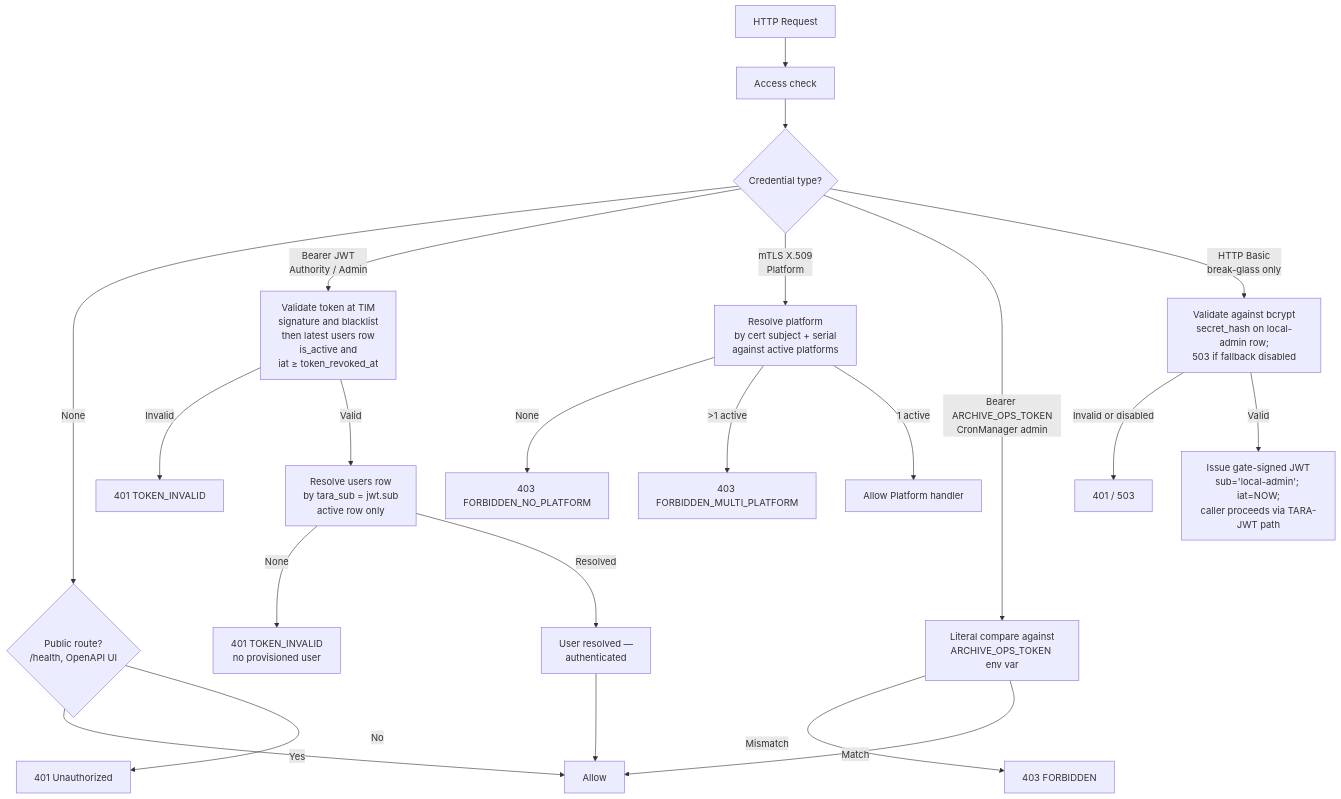
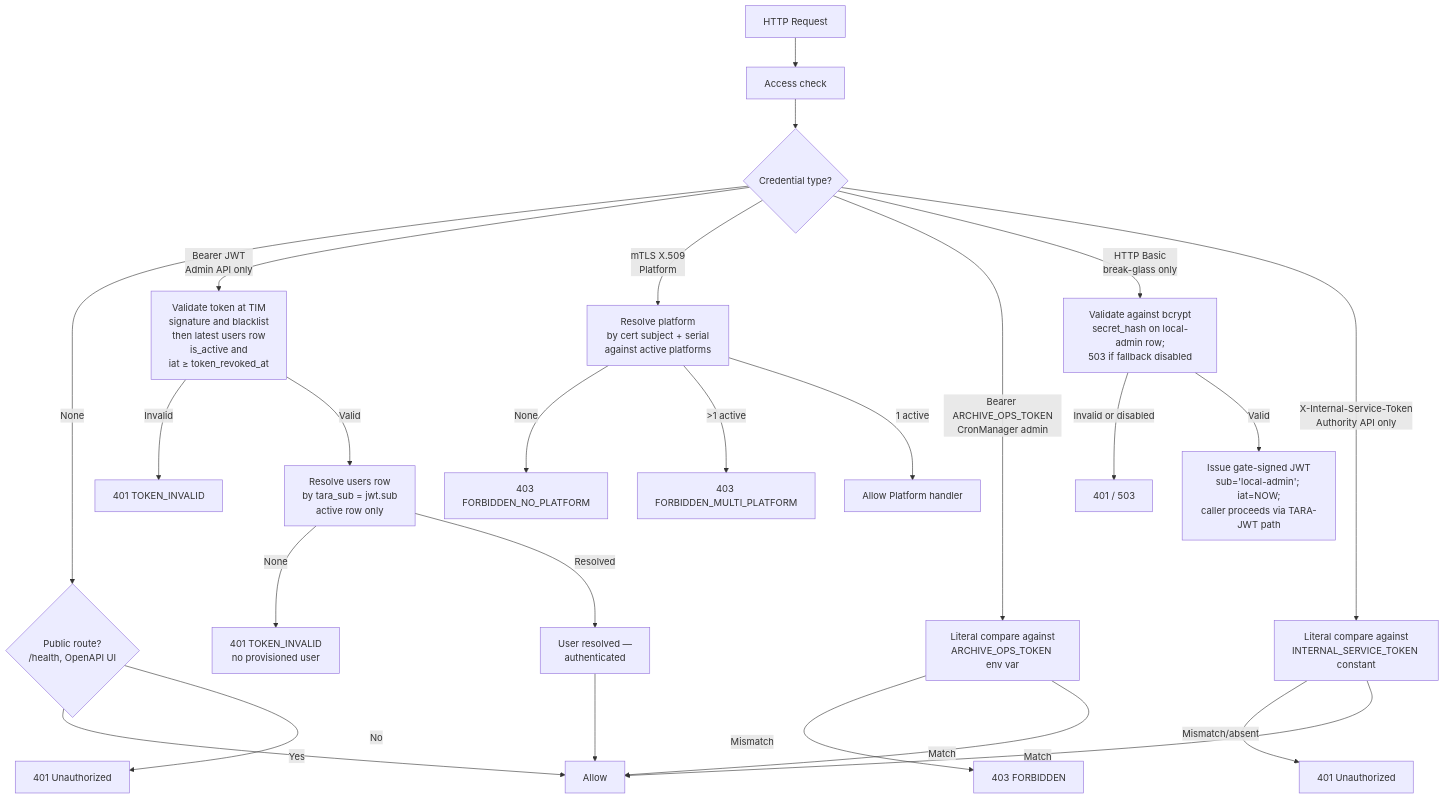
One commit to kemit-ee/efti-gate-ee changed the first of 4 diagrams in docs/specs/permissions-matrix.md. Above: the diagram before and after it, drawn with Mermaid. The commit also changed other lines of this file, not shown here.

Commit message:
docs: permissions-matrix v1.6 — Authority API is gate-internal only

````diff
--- a/docs/specs/permissions-matrix.md
+++ b/docs/specs/permissions-matrix.md
@@ -44,24 +57,27 @@
 ```mermaid
 graph TD
     REQ[HTTP Request] --> AC[Access check]
     AC --> CRED{Credential type?}
     CRED -->|None| PUB{Public route?<br/>/health, OpenAPI UI}
     PUB -->|Yes| ALLOW[Allow]
     PUB -->|No| UNAUTH[401 Unauthorized]
-    CRED -->|Bearer JWT<br/>Authority / Admin| TARA[Validate token at TIM<br/>signature and blacklist<br/>then latest users row<br/>is_active and<br/>iat ≥ token_revoked_at]
+    CRED -->|Bearer JWT<br/>Admin API only| TARA[Validate token at TIM<br/>signature and blacklist<br/>then latest users row<br/>is_active and<br/>iat ≥ token_revoked_at]
     CRED -->|mTLS X.509<br/>Platform| MTLS[Resolve platform<br/>by cert subject + serial<br/>against active platforms]
     CRED -->|Bearer ARCHIVE_OPS_TOKEN<br/>CronManager admin| OPS[Literal compare against<br/>ARCHIVE_OPS_TOKEN env var]
     CRED -->|HTTP Basic<br/>break-glass only| BG[Validate against bcrypt<br/>secret_hash on local-admin row;<br/>503 if fallback disabled]
+    CRED -->|X-Internal-Service-Token<br/>Authority API only| ISVC[Literal compare against<br/>INTERNAL_SERVICE_TOKEN constant]
+    ISVC -->|Mismatch/absent| ISVCDENY[401 Unauthorized]
+    ISVC -->|Match| ALLOW
     TARA -->|Invalid| ERR401[401 TOKEN_INVALID]
     TARA -->|Valid| TARASUB[Resolve users row<br/>by tara_sub = jwt.sub<br/>active row only]
     TARASUB -->|None| NOUSER[401 TOKEN_INVALID<br/>no provisioned user]
     TARASUB -->|Resolved| AUTHZ[User resolved —<br/>authenticated]
     MTLS -->|None| NOPLAT[403 FORBIDDEN_NO_PLATFORM]
     MTLS -->|>1 active| MULTI[403 FORBIDDEN_MULTI_PLATFORM]
     MTLS -->|1 active| ALLOWPLAT[Allow Platform handler]
     OPS -->|Mismatch| OPSDENY[403 FORBIDDEN]
     OPS -->|Match| ALLOW
     BG -->|Invalid or disabled| BGFAIL[401 / 503]
     BG -->|Valid| BGTOKEN[Issue gate-signed JWT<br/>sub='local-admin'; iat=NOW;<br/>caller proceeds via TARA-JWT path]
     AUTHZ --> ALLOW
 ```
````
